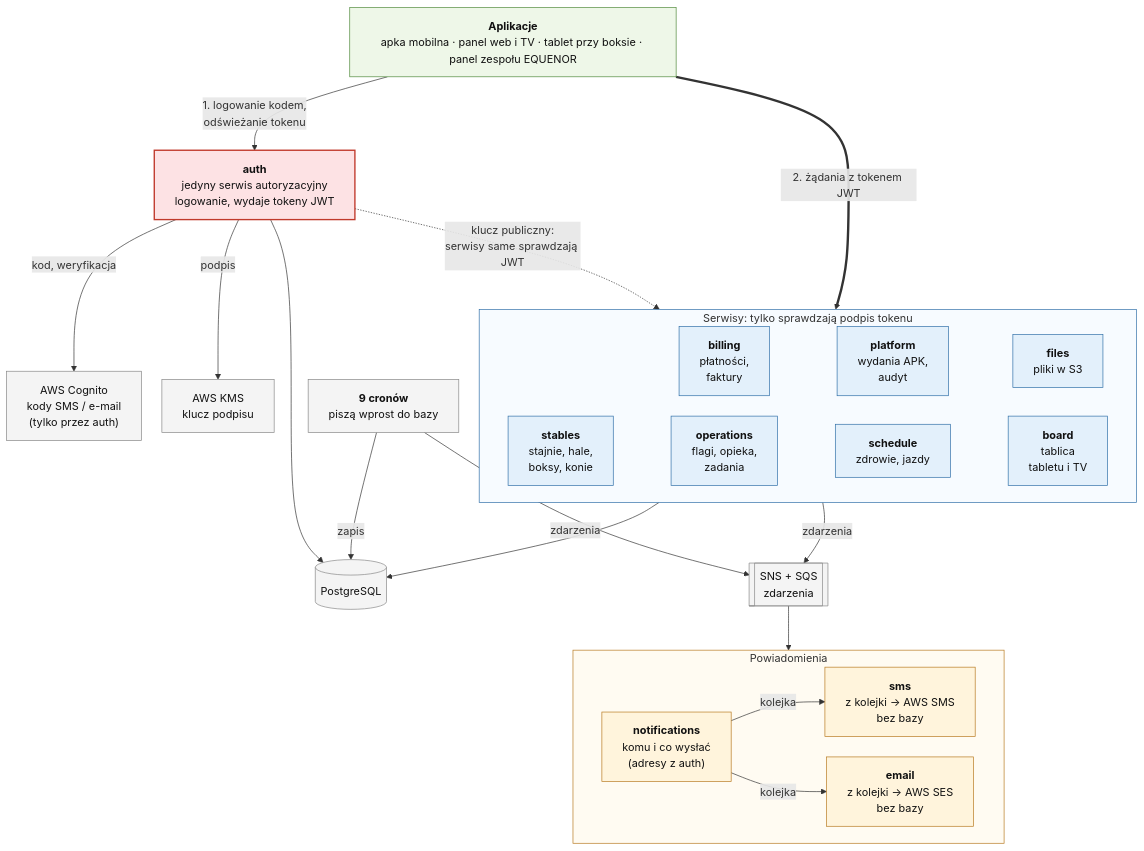
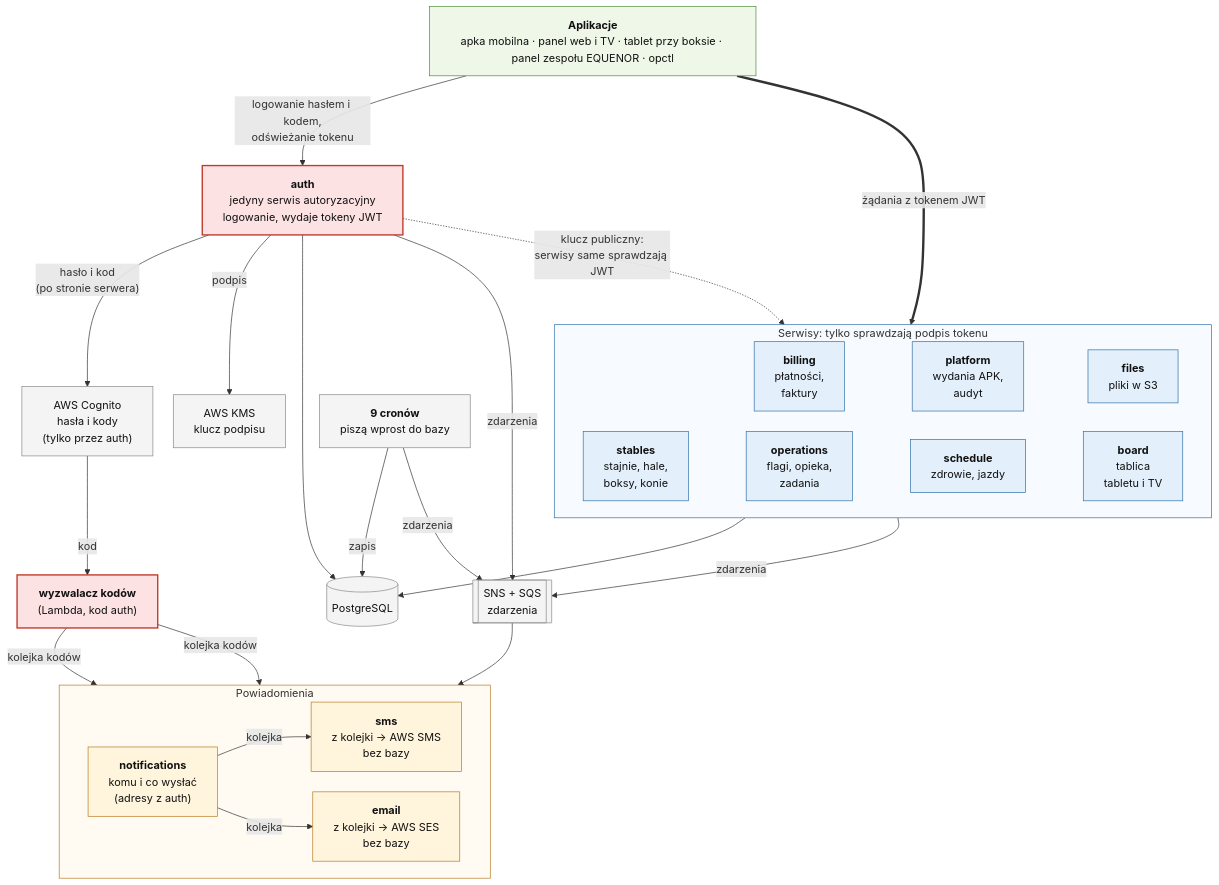
Before and after one commit to ClewlerStudent/KonskaAppka: the diagram in docs/mikroserwisy/uslugi.mmd, drawn with Mermaid. The commit also changed 12 other files, not shown here.

```diff
--- a/docs/mikroserwisy/uslugi.mmd
+++ b/docs/mikroserwisy/uslugi.mmd
@@ -1,58 +1,63 @@
 %%{init: {"flowchart": {"curve": "basis", "nodeSpacing": 30, "rankSpacing": 60, "wrappingWidth": 420}, "themeVariables": {"fontSize": "16px"}}}%%
 flowchart TB
-    APPS["<b>Aplikacje</b><br/>apka mobilna · panel web i TV · tablet przy boksie · panel zespołu EQUENOR"]
+    APPS["<b>Aplikacje</b><br/>apka mobilna · panel web i TV · tablet przy boksie · panel zespołu EQUENOR · opctl"]
 
-    COG["AWS Cognito<br/>kody SMS / e-mail<br/>(tylko przez auth)"]
+    COG["AWS Cognito<br/>hasła i kody<br/>(tylko przez auth)"]
     AUTH["<b>auth</b><br/>jedyny serwis autoryzacyjny<br/>logowanie, wydaje tokeny JWT"]
+    CODES["<b>wyzwalacz kodów</b><br/>(Lambda, kod auth)"]
     KMS["AWS KMS<br/>klucz podpisu"]
 
     subgraph DOM["Serwisy: tylko sprawdzają podpis tokenu"]
         direction LR
         stables["<b>stables</b><br/>stajnie, hale,<br/>boksy, konie"]
         operations["<b>operations</b><br/>flagi, opieka,<br/>zadania"]
         schedule["<b>schedule</b><br/>zdrowie, jazdy"]
         board["<b>board</b><br/>tablica<br/>tabletu i TV"]
         billing["<b>billing</b><br/>płatności,<br/>faktury"]
         platform["<b>platform</b><br/>wydania APK,<br/>audyt"]
         files["<b>files</b><br/>pliki w S3"]
         billing ~~~ platform ~~~ files
         stables ~~~ operations ~~~ schedule ~~~ board
     end
 
     CRON["<b>9 cronów</b><br/>piszą wprost do bazy"]
     DB[("PostgreSQL")]
     BUS[["SNS + SQS<br/>zdarzenia"]]
 
     subgraph NOTE["Powiadomienia"]
         direction LR
         notifications["<b>notifications</b><br/>komu i co wysłać<br/>(adresy z auth)"]
         sms["<b>sms</b><br/>z kolejki → AWS SMS<br/>bez bazy"]
         email["<b>email</b><br/>z kolejki → AWS SES<br/>bez bazy"]
     end
 
-    APPS -- "1. logowanie kodem,<br/>odświeżanie tokenu" --> AUTH
-    AUTH -- "kod, weryfikacja" --> COG
-    APPS == "2. żądania z tokenem JWT" ==> DOM
+    APPS -- "logowanie hasłem i kodem,<br/>odświeżanie tokenu" --> AUTH
+    AUTH -- "hasło i kod<br/>(po stronie serwera)" --> COG
+    APPS == "żądania z tokenem JWT" ==> DOM
     AUTH -- "podpis" --> KMS
     AUTH -. "klucz publiczny:<br/>serwisy same sprawdzają JWT" .-> DOM
     AUTH --> DB
+    AUTH -- "zdarzenia" --> BUS
     DOM --> DB
     DOM -- "zdarzenia" --> BUS
     CRON -- "zapis" --> DB
     CRON -- "zdarzenia" --> BUS
     BUS --> notifications
     notifications -- "kolejka" --> sms
     notifications -- "kolejka" --> email
+    COG -- "kod" --> CODES
+    CODES -- "kolejka kodów" --> sms
+    CODES -- "kolejka kodów" --> email
 
     classDef authc fill:#fde2e4,stroke:#c0392b,stroke-width:2px,color:#111
     classDef svc fill:#e3f0fb,stroke:#2f6fa7,color:#111
     classDef ntf fill:#fff4dc,stroke:#b7791f,color:#111
     classDef cli fill:#eef7e8,stroke:#4f8a3a,color:#111
     classDef ext fill:#f4f4f4,stroke:#888,color:#111
-    class AUTH authc
+    class AUTH,CODES authc
     class stables,operations,schedule,board,billing,platform,files svc
     class notifications,sms,email ntf
     class APPS cli
     class COG,KMS,DB,BUS,CRON ext
     style DOM fill:#f7fbff,stroke:#2f6fa7
     style NOTE fill:#fffbf2,stroke:#b7791f
```
